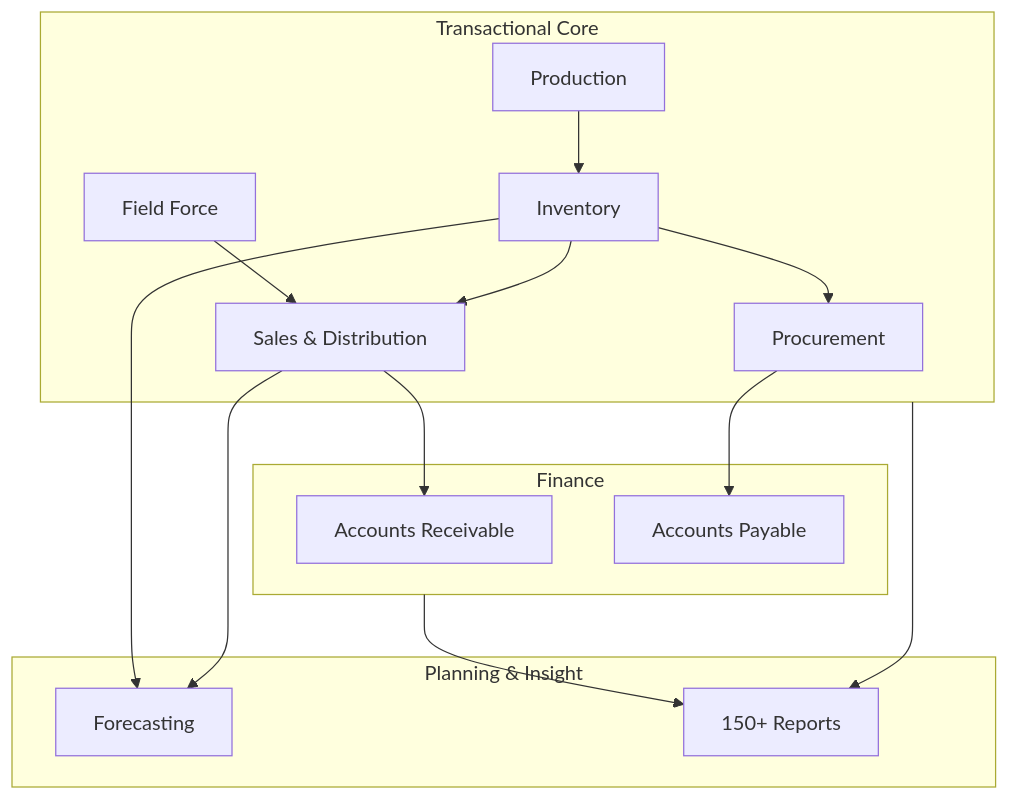
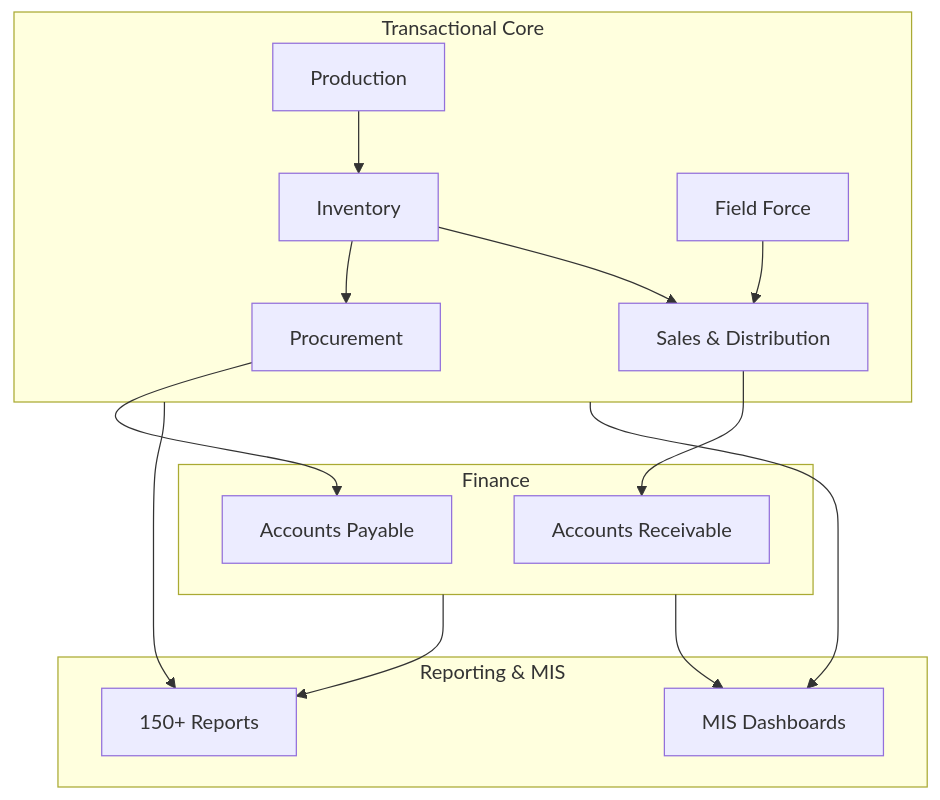
One commit to mozammelbhuyan/lira-erp-leadership changed the third of 3 diagrams in ARCHITECTURE_AT_A_GLANCE.md. Above: the diagram before and after it, drawn with Mermaid. The commit also changed other lines of this file and 2 other files, not shown here.

````diff
--- a/ARCHITECTURE_AT_A_GLANCE.md
+++ b/ARCHITECTURE_AT_A_GLANCE.md
@@ -65,32 +65,32 @@
 ```mermaid
 flowchart TB
-    subgraph Core["Transactional Core"]
-        PROC["Procurement"]
-        SALES["Sales & Distribution"]
-        INV["Inventory"]
-        PROD["Production"]
-        FF["Field Force"]
-    end
+subgraph Core["Transactional Core"]
+PROC["Procurement"]
+SALES["Sales & Distribution"]
+INV["Inventory"]
+PROD["Production"]
+FF["Field Force"]
+end
 
-    subgraph Finance["Finance"]
-        AR["Accounts Receivable"]
-        AP["Accounts Payable"]
-    end
+subgraph Finance["Finance"]
+AR["Accounts Receivable"]
+AP["Accounts Payable"]
+end
 
-    subgraph Intelligence["Planning & Insight"]
-        FC["Forecasting"]
-        RPT2["150+ Reports"]
-    end
+subgraph Insight["Reporting & MIS"]
+RPT2["150+ Reports"]
+MIS["MIS Dashboards"]
+end
 
-    PROC --> AP
-    SALES --> AR
-    INV --> PROC
-    INV --> SALES
-    PROD --> INV
-    FF --> SALES
+PROC --> AP
+SALES --> AR
+INV --> PROC
+INV --> SALES
+PROD --> INV
+FF --> SALES
 
-    Core --> RPT2
-    Finance --> RPT2
-    SALES --> FC
-    INV --> FC
+Core --> RPT2
+Finance --> RPT2
+Core --> MIS
+Finance --> MIS
 ```
````
